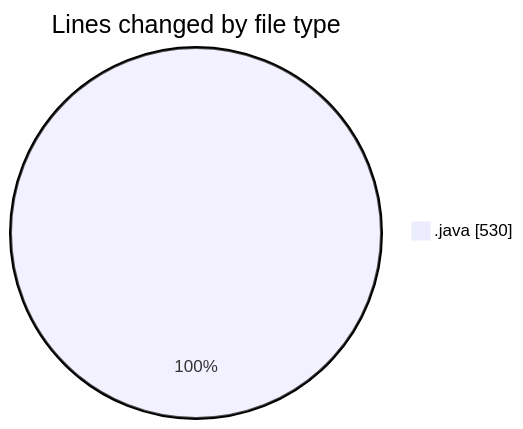
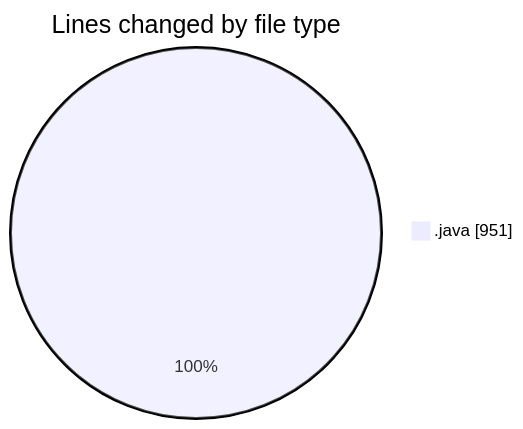
Before and after one commit to CELIANVF/code-tracking: the first of 2 diagrams in 2025-04-03/projet_de_base/README.md, drawn with Mermaid. The commit also changed other lines of this file and 1 other file, not shown here.

````diff
--- a/2025-04-03/projet_de_base/README.md
+++ b/2025-04-03/projet_de_base/README.md
@@ -25,5 +25,5 @@
 ```mermaid
 pie showData
 title Lines changed by file type
-".java" : 530
+".java" : 951
 ```
````
